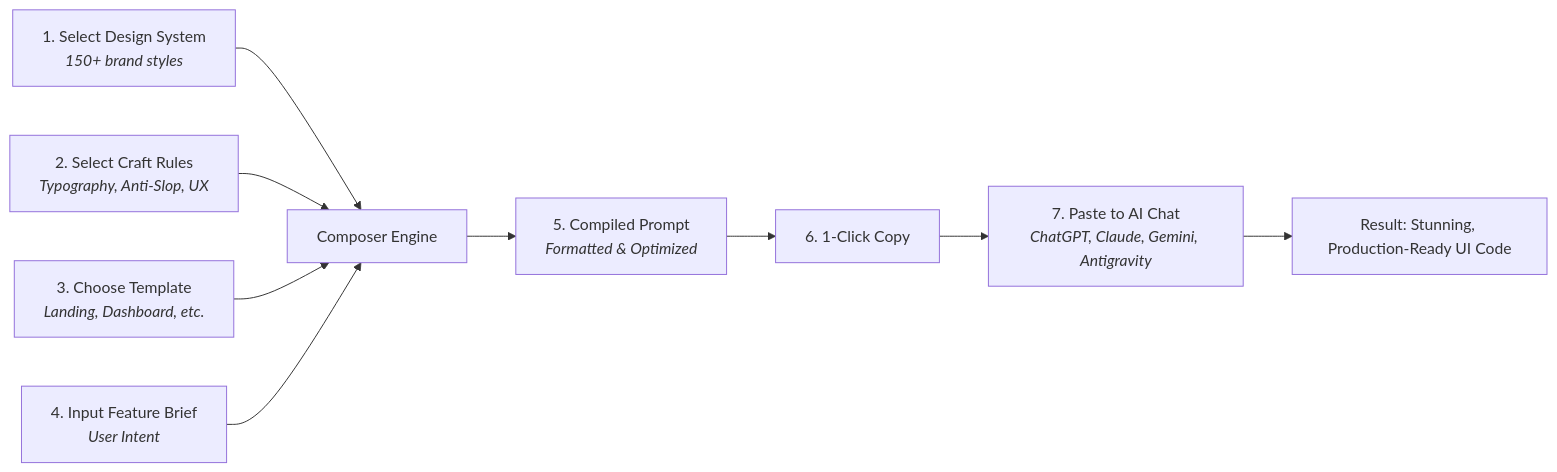
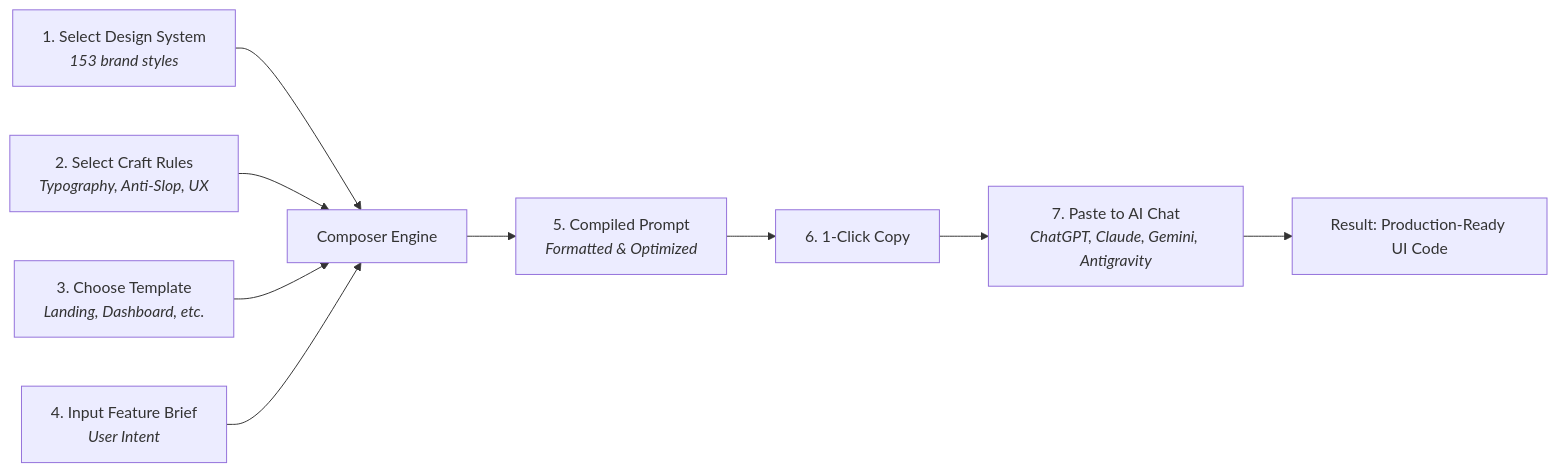
Before and after one commit to HaiGH-Space/open-studio: the diagram in README.md, drawn with Mermaid. The commit also changed other lines of this file and 1 other file, not shown here.

````diff
--- a/README.md
+++ b/README.md
@@ -81,11 +83,11 @@
 ```mermaid
 flowchart LR
-    A[1. Select Design System<br/><i>150+ brand styles</i>] --> E[Composer Engine]
+    A[1. Select Design System<br/><i>153 brand styles</i>] --> E[Composer Engine]
     B[2. Select Craft Rules<br/><i>Typography, Anti-Slop, UX</i>] --> E
     C[3. Choose Template<br/><i>Landing, Dashboard, etc.</i>] --> E
     D[4. Input Feature Brief<br/><i>User Intent</i>] --> E
     E --> F[5. Compiled Prompt<br/><i>Formatted & Optimized</i>]
     F --> G[6. 1-Click Copy]
     G --> H[7. Paste to AI Chat<br/><i>ChatGPT, Claude, Gemini, Antigravity</i>]
-    H --> I[Result: Stunning, Production-Ready UI Code]
+    H --> I[Result: Production-Ready UI Code]
 ```
````
